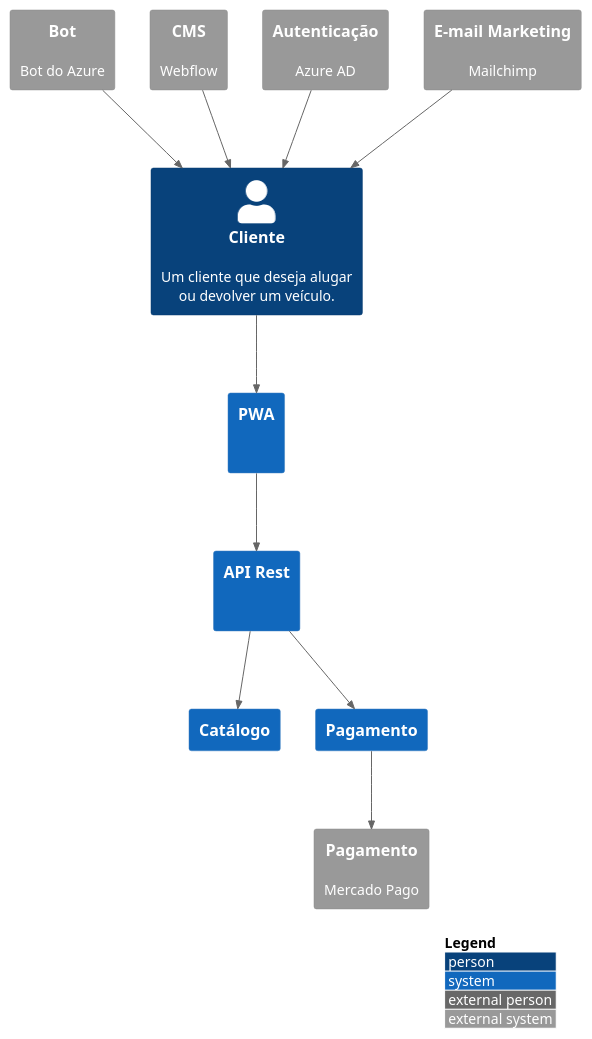
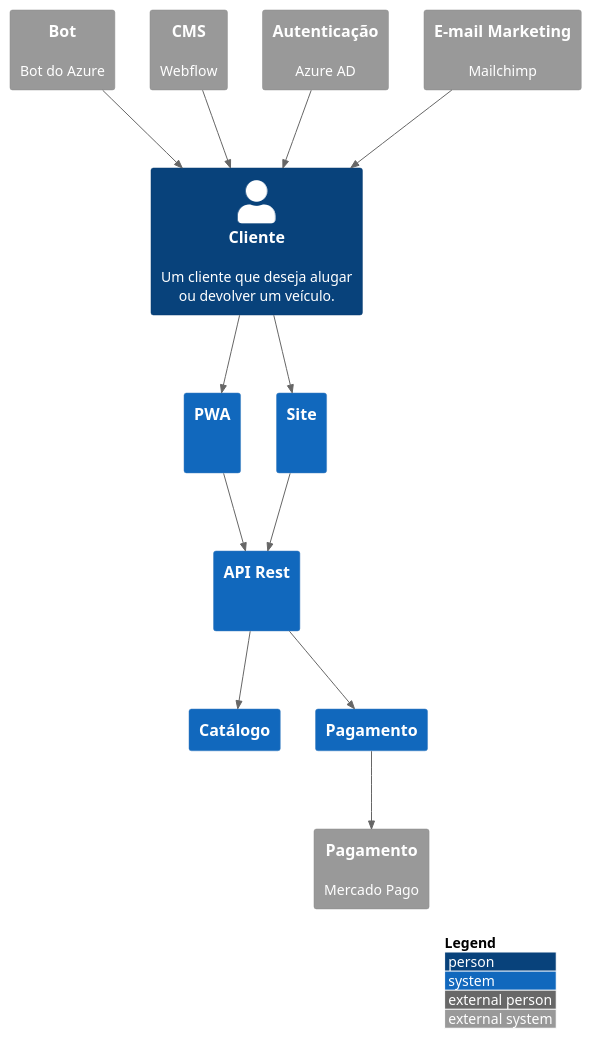
The diagram in src/context.puml (felipementel/c4-model-builder), drawn with PlantUML before and after one commit. The commit also changed 8 other files, not shown here.

```diff
--- a/src/context.puml
+++ b/src/context.puml
@@ -1,28 +1,31 @@
 @startuml
 !include https://raw.githubusercontent.com/adrianvlupu/C4-PlantUML/latest/C4_Context.puml
 
 LAYOUT_WITH_LEGEND()
 
 Person(cliente, "Cliente", "Um cliente que deseja alugar ou devolver um veículo.")
 System(pwa, "PWA", " ")
+System(site, "Site", " ")
 System(api, "API Rest", " ")
 System(catalogoApi, "Catálogo", "")
 System(pagamentoApi, "Pagamento", "")
 System_Ext(bot, "Bot", "Bot do Azure")
 System_Ext(pagamentoService, "Pagamento", "Mercado Pago")
 System_Ext(CMSService, "CMS", "Webflow")
 System_Ext(autenticacaoService, "Autenticação", "Azure AD")
 System_Ext(emailMarketingService, "E-mail Marketing", "Mailchimp")
 
 
 Rel(cliente, pwa, " ")
+Rel(cliente, site, " ")
 Rel(pwa, api, " ")
+Rel(site, api, " ")
 Rel(api, catalogoApi, " ")
 Rel(api, pagamentoApi, " ")
 Rel(pagamentoApi, pagamentoService, " ")
 Rel(CMSService, cliente, " ")
 Rel(autenticacaoService, cliente, " ")
 Rel(emailMarketingService, cliente, " ")
 Rel(bot, cliente, " ")
 
 @enduml
```
